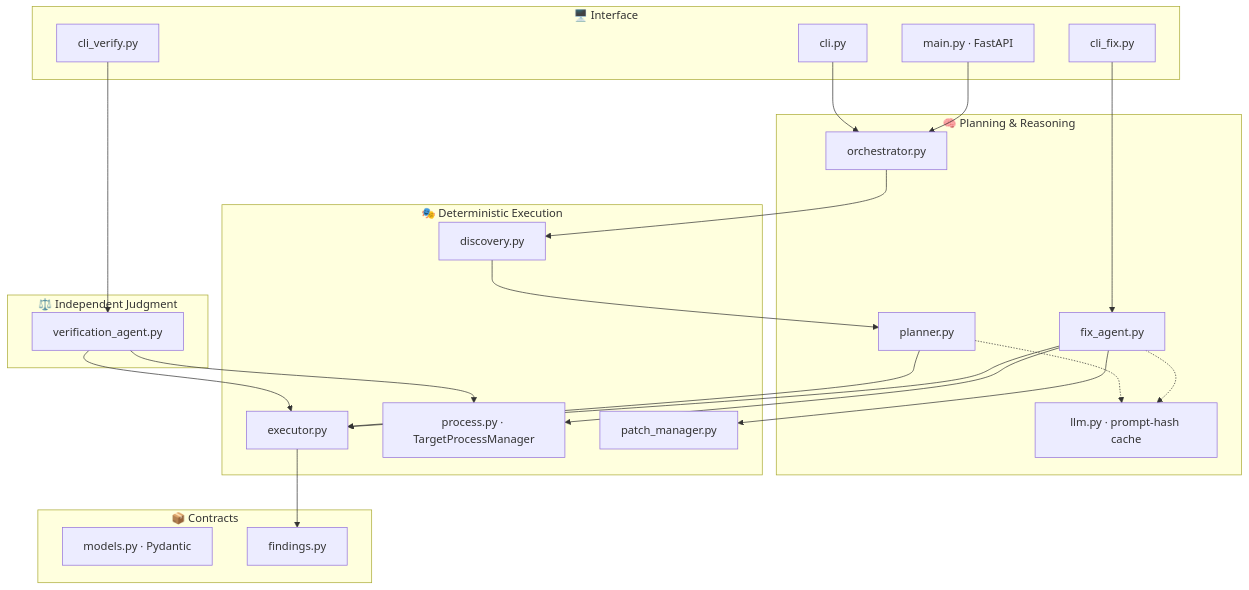
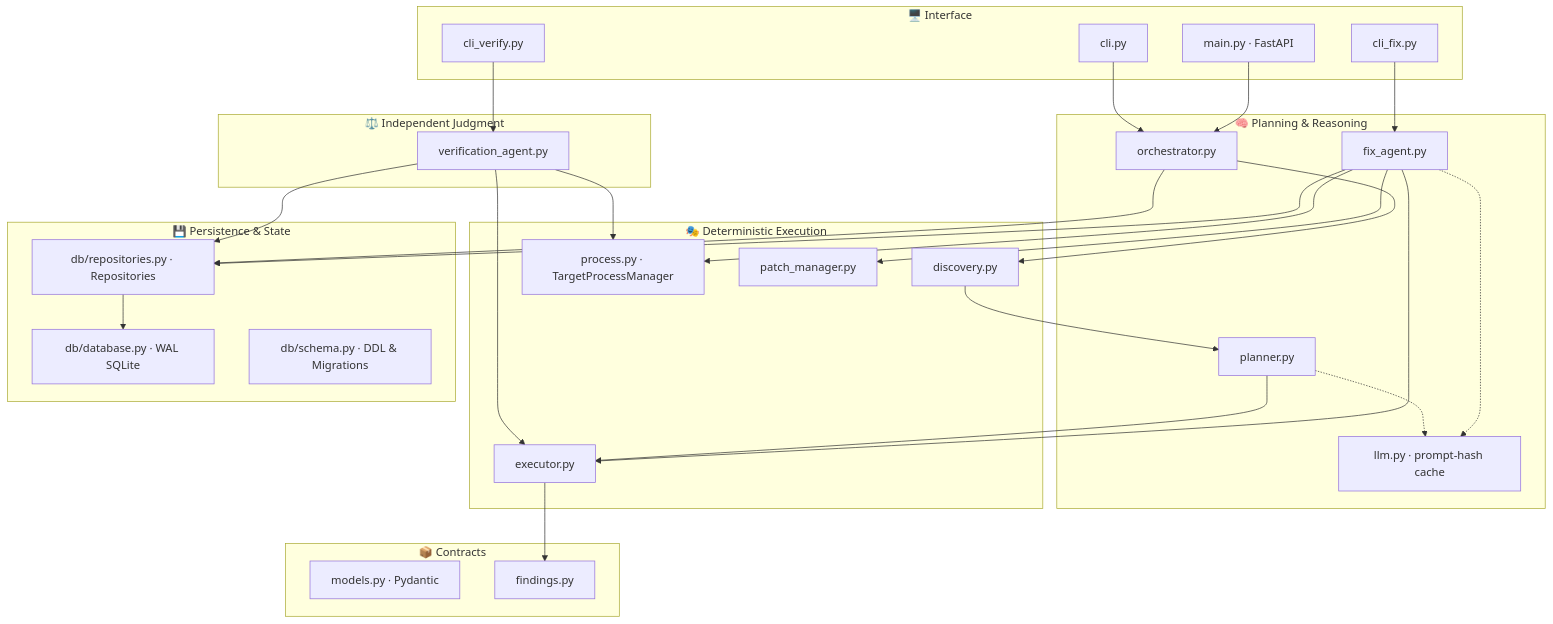
One commit to deadsec7869/VIBEGUARD changed the second of 4 diagrams in README.md. Above: the diagram before and after it, drawn with Mermaid. The commit also changed other lines of this file, not shown here.

Commit message:
docs: update README with Slice 5 SQLite persistence and run management

````diff
--- a/README.md
+++ b/README.md
@@ -84,45 +85,55 @@
 ```mermaid
 flowchart TB
     subgraph Interface["🖥️ Interface"]
         CLI["cli.py"]
         CLIF["cli_fix.py"]
         CLIV["cli_verify.py"]
         API["main.py · FastAPI"]
     end
 
     subgraph Brain["🧠 Planning & Reasoning"]
         ORCH["orchestrator.py"]
         PLAN["planner.py"]
         LLM["llm.py · prompt-hash cache"]
         FIX["fix_agent.py"]
     end
 
     subgraph Hands["🎭 Deterministic Execution"]
         DISC["discovery.py"]
         EXEC["executor.py"]
         PROC["process.py · TargetProcessManager"]
         PATCH["patch_manager.py"]
     end
 
     subgraph Judge["⚖️ Independent Judgment"]
         VER["verification_agent.py"]
     end
 
+    subgraph Storage["💾 Persistence & State"]
+        DB["db/database.py · WAL SQLite"]
+        SCH["db/schema.py · DDL & Migrations"]
+        REP["db/repositories.py · Repositories"]
+    end
+
     subgraph Data["📦 Contracts"]
         MOD["models.py · Pydantic"]
         FND["findings.py"]
     end
 
     CLI --> ORCH
     API --> ORCH
     ORCH --> DISC --> PLAN --> EXEC --> FND
     PLAN -.-> LLM
     CLIF --> FIX
     FIX -.-> LLM
     FIX --> PATCH
     FIX --> PROC
     FIX --> EXEC
     CLIV --> VER
     VER --> PROC
     VER --> EXEC
+    ORCH --> REP
+    FIX --> REP
+    VER --> REP
+    REP --> DB
 ```
````
